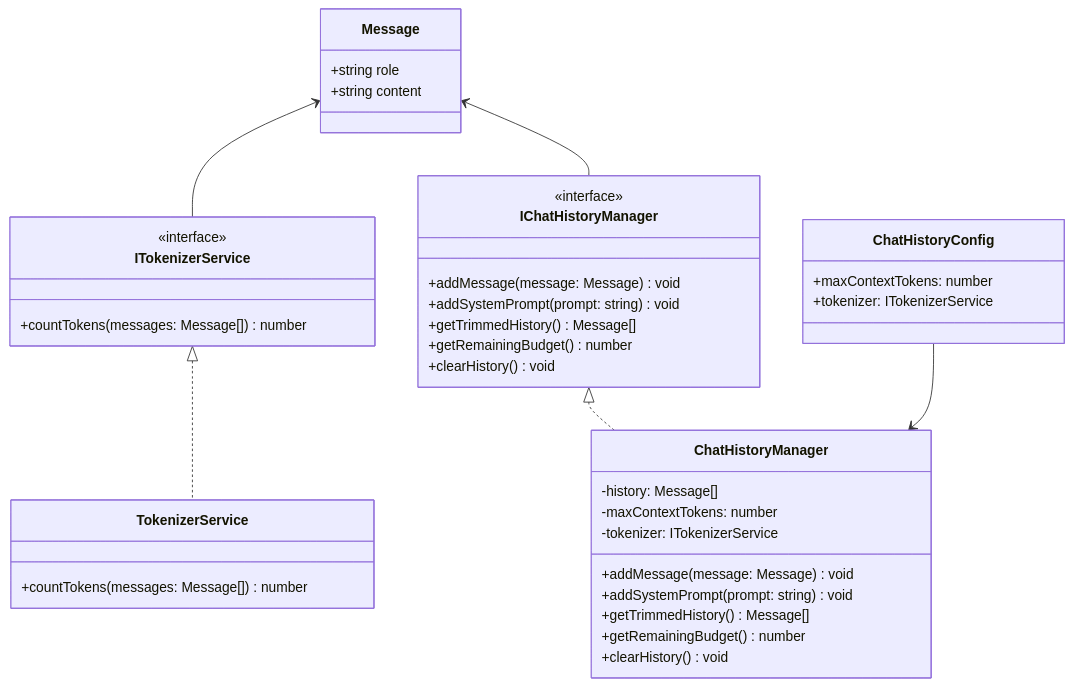
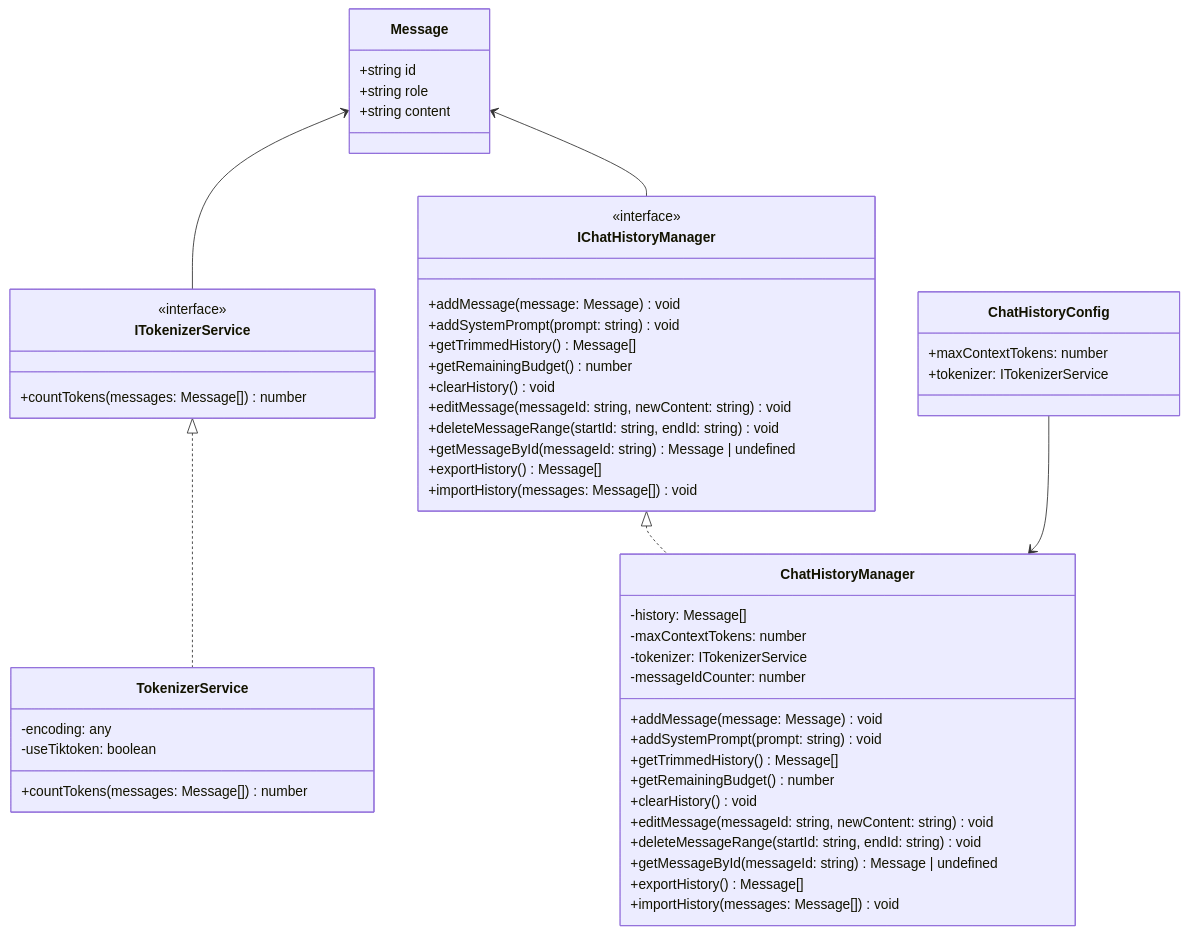
Before and after one commit to ericnunes30/frame-agent-sdk: the diagram in src/memory/README.md, drawn with Mermaid. The commit also changed other lines of this file and 14 other files, not shown here.

````diff
--- a/src/memory/README.md
+++ b/src/memory/README.md
@@ -28,47 +29,61 @@
 ```mermaid
 classDiagram
     class Message {
+        +string id
         +string role
         +string content
     }
     
     class ITokenizerService {
         <<interface>>
         +countTokens(messages: Message[]) number
     }
     
     class TokenizerService {
+        -encoding: any
+        -useTiktoken: boolean
         +countTokens(messages: Message[]) number
     }
     
     class IChatHistoryManager {
         <<interface>>
         +addMessage(message: Message) void
         +addSystemPrompt(prompt: string) void
         +getTrimmedHistory() Message[]
         +getRemainingBudget() number
         +clearHistory() void
+        +editMessage(messageId: string, newContent: string) void
+        +deleteMessageRange(startId: string, endId: string) void
+        +getMessageById(messageId: string) Message | undefined
+        +exportHistory() Message[]
+        +importHistory(messages: Message[]) void
     }
     
     class ChatHistoryManager {
         -history: Message[]
         -maxContextTokens: number
         -tokenizer: ITokenizerService
+        -messageIdCounter: number
         +addMessage(message: Message) void
         +addSystemPrompt(prompt: string) void
         +getTrimmedHistory() Message[]
         +getRemainingBudget() number
         +clearHistory() void
+        +editMessage(messageId: string, newContent: string) void
+        +deleteMessageRange(startId: string, endId: string) void
+        +getMessageById(messageId: string) Message | undefined
+        +exportHistory() Message[]
+        +importHistory(messages: Message[]) void
     }
     
     class ChatHistoryConfig {
         +maxContextTokens: number
         +tokenizer: ITokenizerService
     }
     
     Message <-- ITokenizerService
     Message <-- IChatHistoryManager
     ITokenizerService <|.. TokenizerService
     IChatHistoryManager <|.. ChatHistoryManager
     ChatHistoryConfig --> ChatHistoryManager
 ```
````
